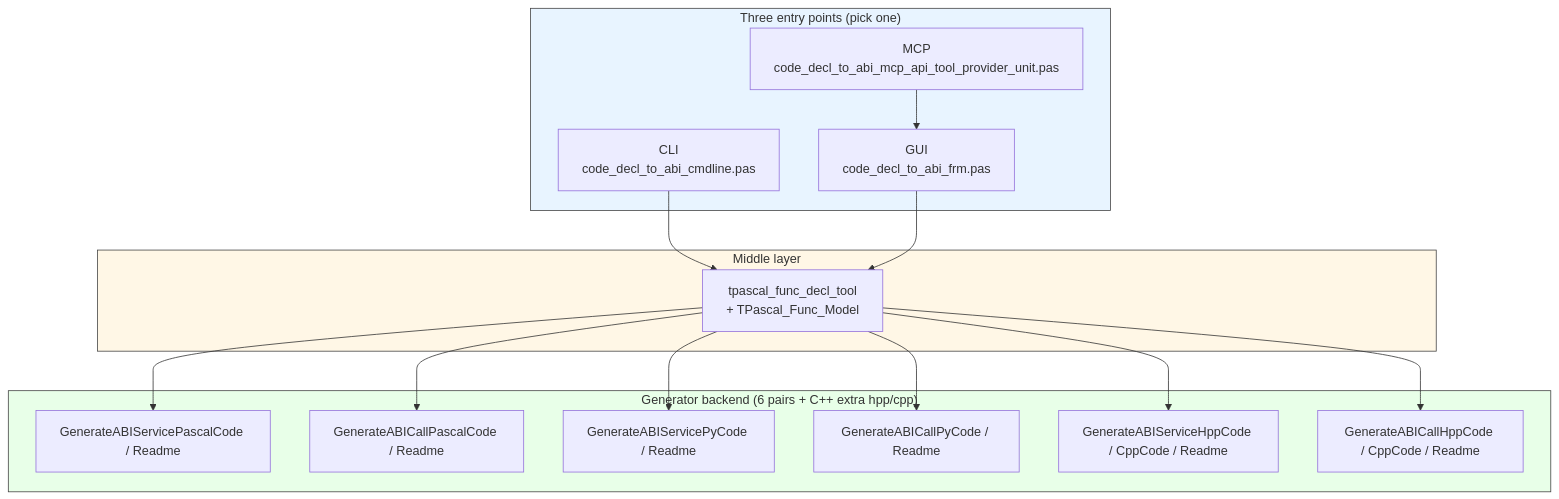
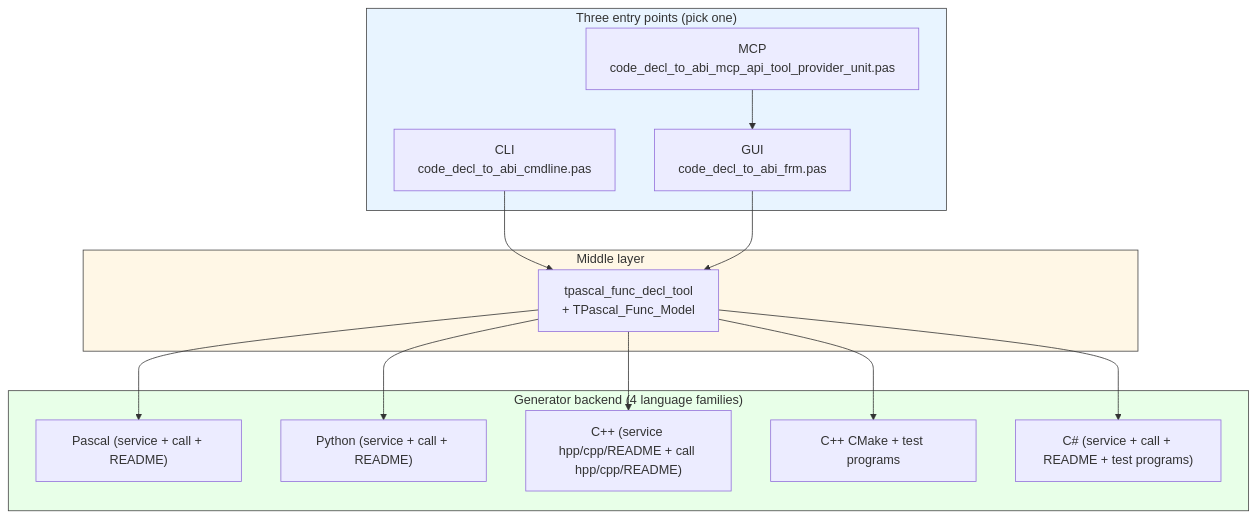
The first of 6 diagrams in src/pascal_c_to_abi/code_decl_to_abi_OPERATIONS.md (PassByYou888/LingoFuse-Tools), drawn with Mermaid before and after one commit. The commit also changed other lines of this file and 35 other files, not shown here.

````diff
--- a/src/pascal_c_to_abi/code_decl_to_abi_OPERATIONS.md
+++ b/src/pascal_c_to_abi/code_decl_to_abi_OPERATIONS.md
@@ -83,36 +111,34 @@
 ```mermaid
 flowchart TD
     subgraph Front["Three entry points (pick one)"]
         CLI["CLI<br/>code_decl_to_abi_cmdline.pas"]
         GUI["GUI<br/>code_decl_to_abi_frm.pas"]
         MCP["MCP<br/>code_decl_to_abi_mcp_api_tool_provider_unit.pas"]
     end
 
     subgraph Mid["Middle layer"]
         Parser["tpascal_func_decl_tool<br/>+ TPascal_Func_Model"]
     end
 
-    subgraph Back["Generator backend (6 pairs + C++ extra hpp/cpp)"]
-        B1["GenerateABIServicePascalCode / Readme"]
-        B2["GenerateABICallPascalCode / Readme"]
-        B3["GenerateABIServicePyCode / Readme"]
-        B4["GenerateABICallPyCode / Readme"]
-        B5["GenerateABIServiceHppCode / CppCode / Readme"]
-        B6["GenerateABICallHppCode / CppCode / Readme"]
+    subgraph Back["Generator backend (4 language families)"]
+        B1["Pascal (service + call + README)"]
+        B2["Python (service + call + README)"]
+        B3["C++ (service hpp/cpp/README + call hpp/cpp/README)"]
+        B4["C++ CMake + test programs"]
+        B5["C# (service + call + README + test programs)"]
     end
 
     CLI --> Parser
     GUI --> Parser
     MCP --> GUI
 
     Parser --> B1
     Parser --> B2
     Parser --> B3
     Parser --> B4
     Parser --> B5
-    Parser --> B6
 
     style Front fill:#e8f4ff,stroke:#444
     style Mid fill:#fff7e6,stroke:#444
     style Back fill:#e8ffe8,stroke:#444
 ```
````
